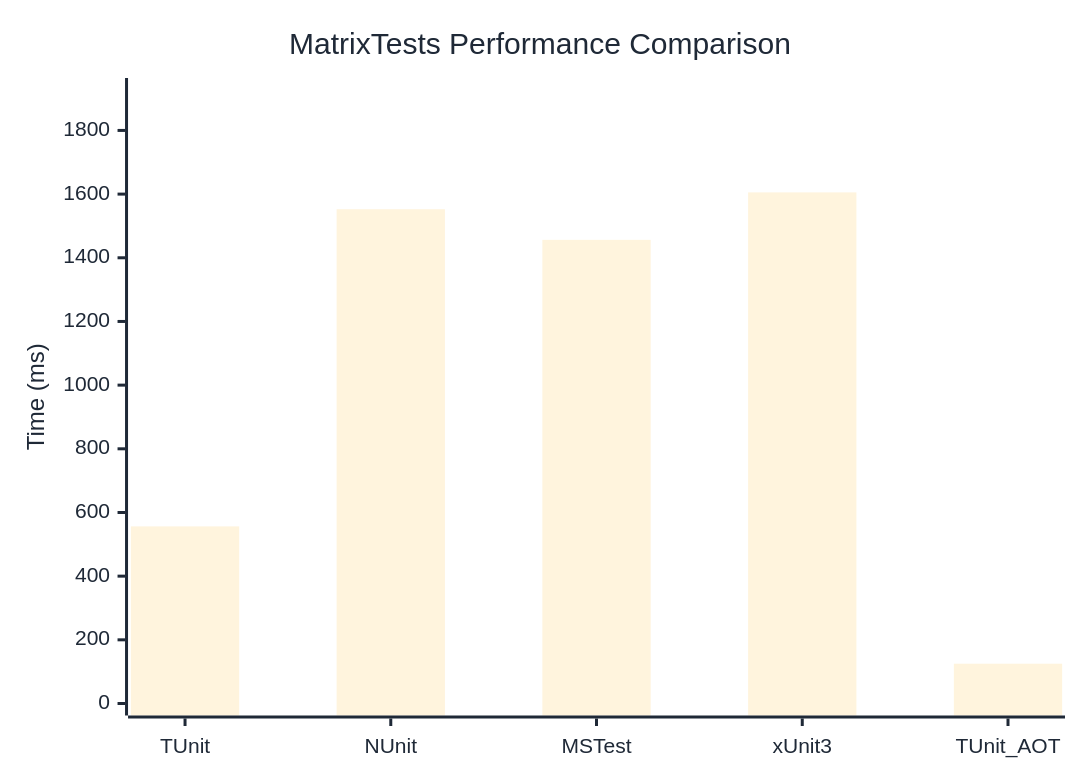
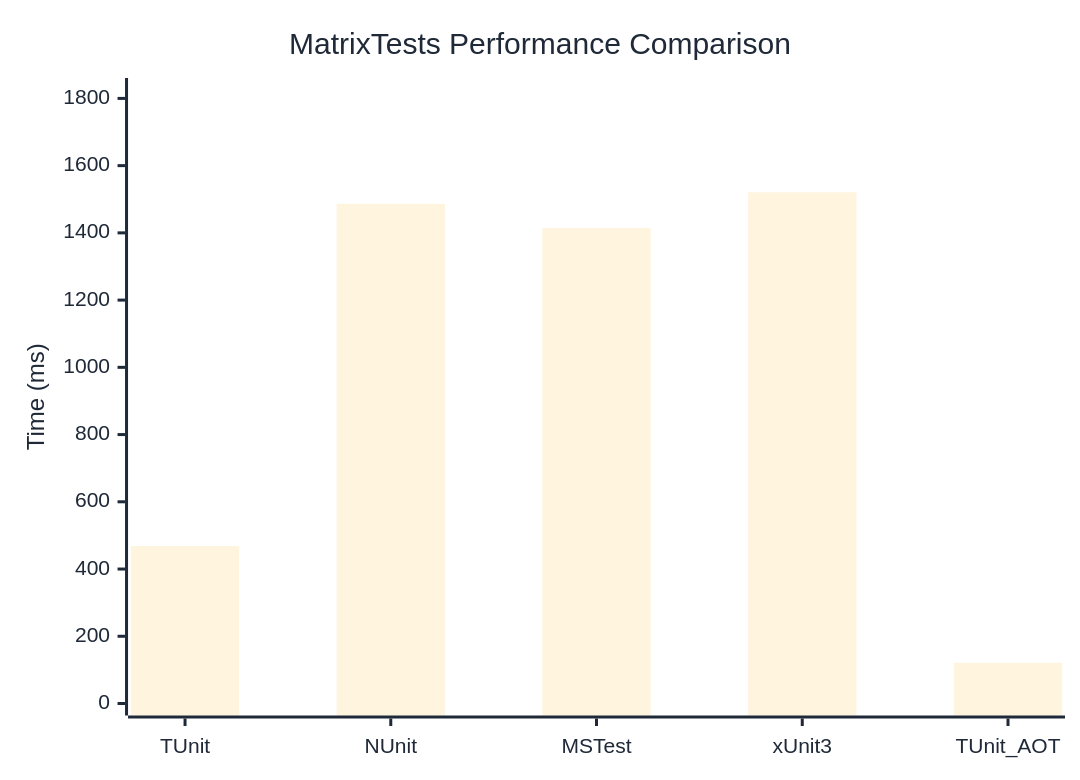
One commit to thomhurst/TUnit changed the diagram in docs/docs/benchmarks/MatrixTests.md. Above: the diagram before and after it, drawn with Mermaid. The commit also changed other lines of this file and 17 other files, not shown here.

````diff
--- a/docs/docs/benchmarks/MatrixTests.md
+++ b/docs/docs/benchmarks/MatrixTests.md
@@ -27,37 +27,37 @@
 ```mermaid
 %%{init: {
   'theme':'base',
   'themeVariables': {
     'primaryColor': '#2563eb',
     'primaryTextColor': '#1f2937',
     'primaryBorderColor': '#1e40af',
     'lineColor': '#6b7280',
     'secondaryColor': '#7c3aed',
     'tertiaryColor': '#dc2626',
     'background': '#ffffff',
     'mainBkg': '#2563eb',
     'secondBkg': '#7c3aed',
     'tertiaryBkg': '#dc2626',
     'clusterBkg': '#f3f4f6',
     'edgeLabelBackground': '#ffffff',
     'tertiaryTextColor': '#1f2937',
     'pie1': '#2563eb',
     'pie2': '#7c3aed',
     'pie3': '#dc2626',
     'pie4': '#f59e0b',
     'pie5': '#10b981',
     'pie6': '#06b6d4',
     'pie7': '#ec4899',
     'pie8': '#6366f1',
     'pie9': '#84cc16',
     'pie10': '#f97316',
     'pie11': '#14b8a6',
     'pie12': '#a855f7'
   }
 }}%%
 xychart-beta
   title "MatrixTests Performance Comparison"
   x-axis ["TUnit", "NUnit", "MSTest", "xUnit3", "TUnit_AOT"]
-  y-axis "Time (ms)" 0 --> 1927
-  bar [556.3, 1552.5, 1456.3, 1605.4, 125]
+  y-axis "Time (ms)" 0 --> 1825
+  bar [468.3, 1486.5, 1414, 1520.8, 121.1]
 ```
````
